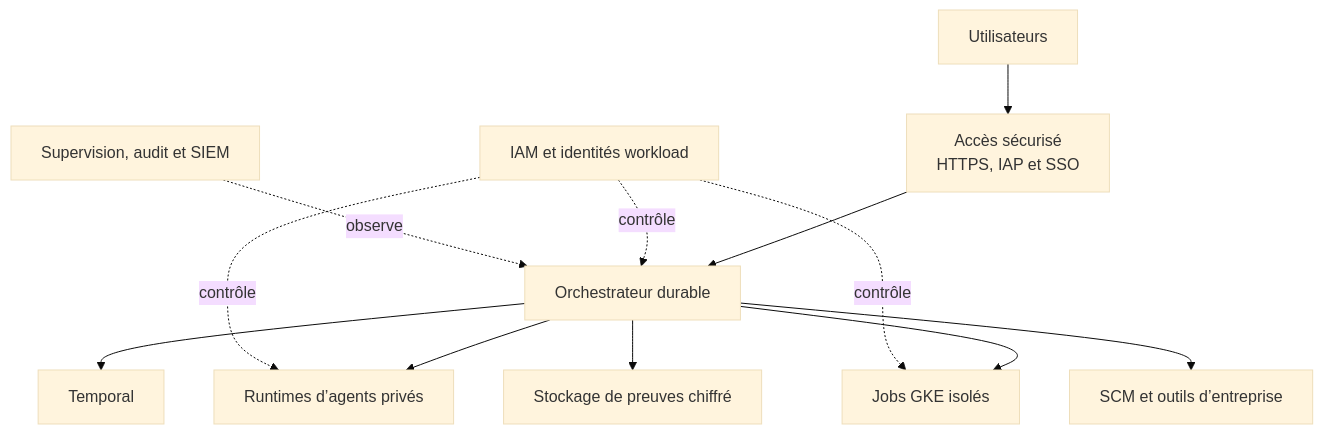
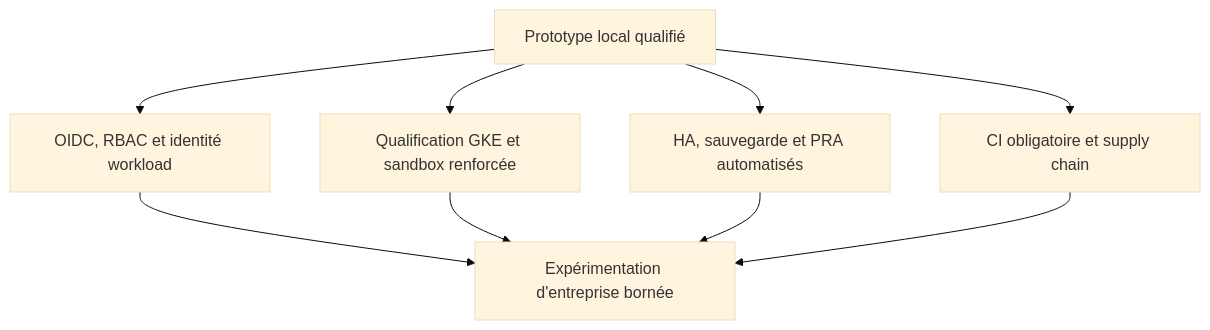
One commit to dbeaumont/ai-software-factory-local changed the third of 3 diagrams in docs/overview/executive-summary.md. Above: the diagram before and after it, drawn with Mermaid (base theme). The commit also changed other lines of this file and 28 other files, not shown here.

````diff
--- a/docs/overview/executive-summary.md
+++ b/docs/overview/executive-summary.md
@@ -262,15 +81,18 @@
 ```mermaid
 flowchart TB
-  USERS[Utilisateurs] --> ACCESS[Accès sécurisé<br/>HTTPS, IAP et SSO]
-  ACCESS --> ORCH[Orchestrateur durable]
-  ORCH --> TEMP[Temporal]
-  ORCH --> AGENTS[Runtimes d’agents privés]
-  ORCH --> JOBS[Jobs GKE isolés]
-  ORCH --> PROOF[Stockage de preuves chiffré]
-  ORCH --> ENTERPRISE[SCM et outils d’entreprise]
+  LOCAL[Prototype local qualifié]
+  IAM[OIDC, RBAC et identité workload]
+  GKE[Qualification GKE et sandbox renforcée]
+  HA[HA, sauvegarde et PRA automatisés]
+  CI[CI obligatoire et supply chain]
+  ENTERPRISE[Expérimentation d'entreprise bornée]
 
-  IAM[IAM et identités workload] -. contrôle .-> ORCH
-  IAM -. contrôle .-> AGENTS
-  IAM -. contrôle .-> JOBS
-  OBS[Supervision, audit et SIEM] -. observe .-> ORCH
+  LOCAL --> IAM
+  LOCAL --> GKE
+  LOCAL --> HA
+  LOCAL --> CI
+  IAM --> ENTERPRISE
+  GKE --> ENTERPRISE
+  HA --> ENTERPRISE
+  CI --> ENTERPRISE
 ```
````
